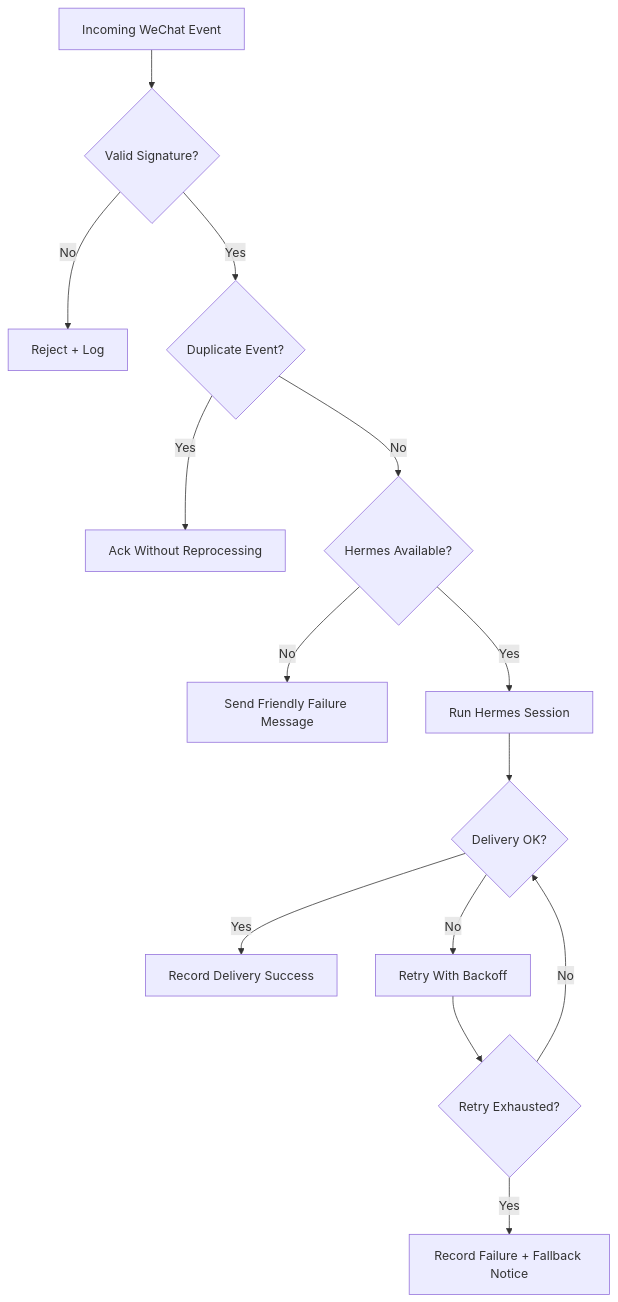
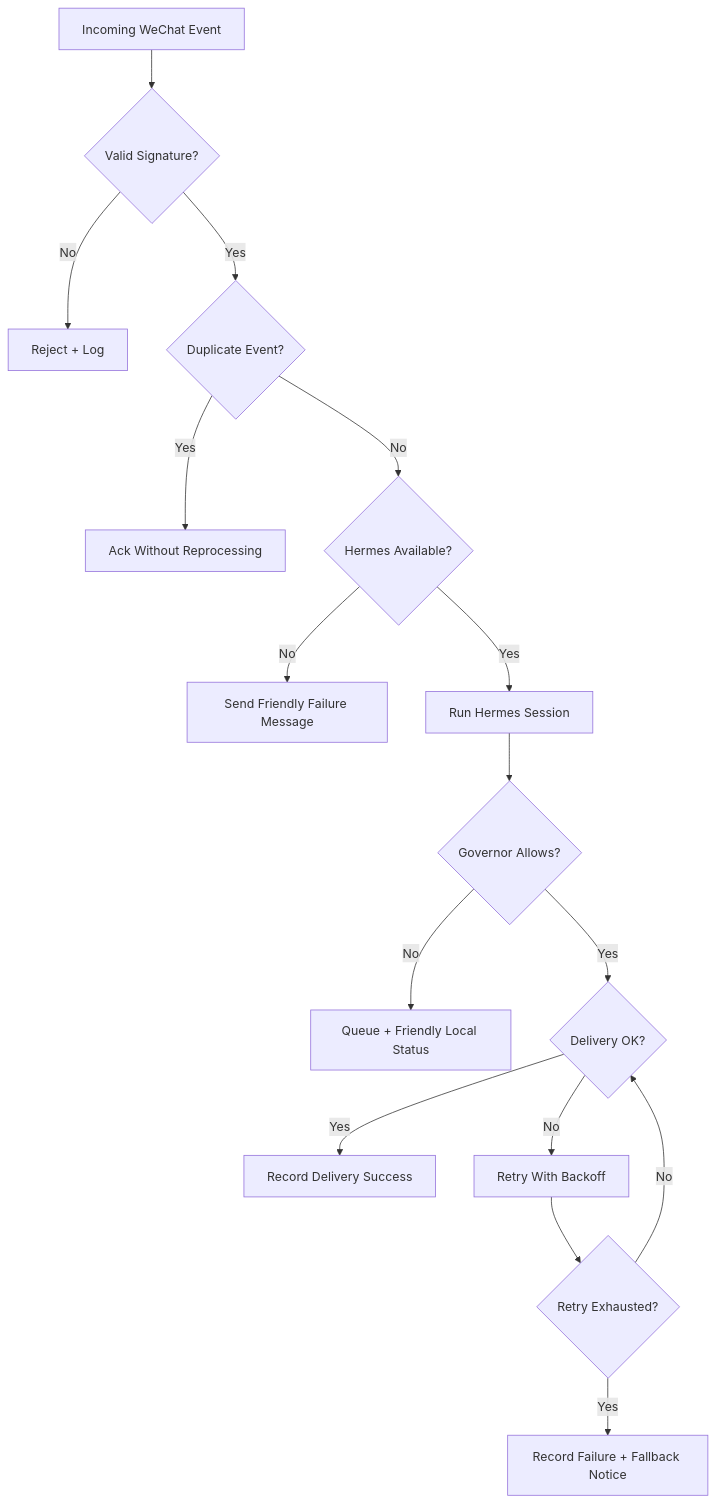
One commit to luSkyl/hermes-wechat-bridge changed the diagram in docs/failure-modes.md. Above: the diagram before and after it, drawn with Mermaid. The commit also changed other lines of this file and 21 other files, not shown here.

Commit message:
feat: add weixin delivery governor

````diff
--- a/docs/failure-modes.md
+++ b/docs/failure-modes.md
@@ -3,16 +3,18 @@
 ```mermaid
 flowchart TD
   A["Incoming WeChat Event"] --> B{"Valid Signature?"}
   B -- "No" --> X["Reject + Log"]
   B -- "Yes" --> C{"Duplicate Event?"}
   C -- "Yes" --> Y["Ack Without Reprocessing"]
   C -- "No" --> D{"Hermes Available?"}
   D -- "No" --> E["Send Friendly Failure Message"]
   D -- "Yes" --> F["Run Hermes Session"]
-  F --> G{"Delivery OK?"}
+  F --> Q{"Governor Allows?"}
+  Q -- "No" --> L["Queue + Friendly Local Status"]
+  Q -- "Yes" --> G{"Delivery OK?"}
   G -- "Yes" --> H["Record Delivery Success"]
   G -- "No" --> I["Retry With Backoff"]
   I --> J{"Retry Exhausted?"}
   J -- "No" --> G
   J -- "Yes" --> K["Record Failure + Fallback Notice"]
 ```
````
